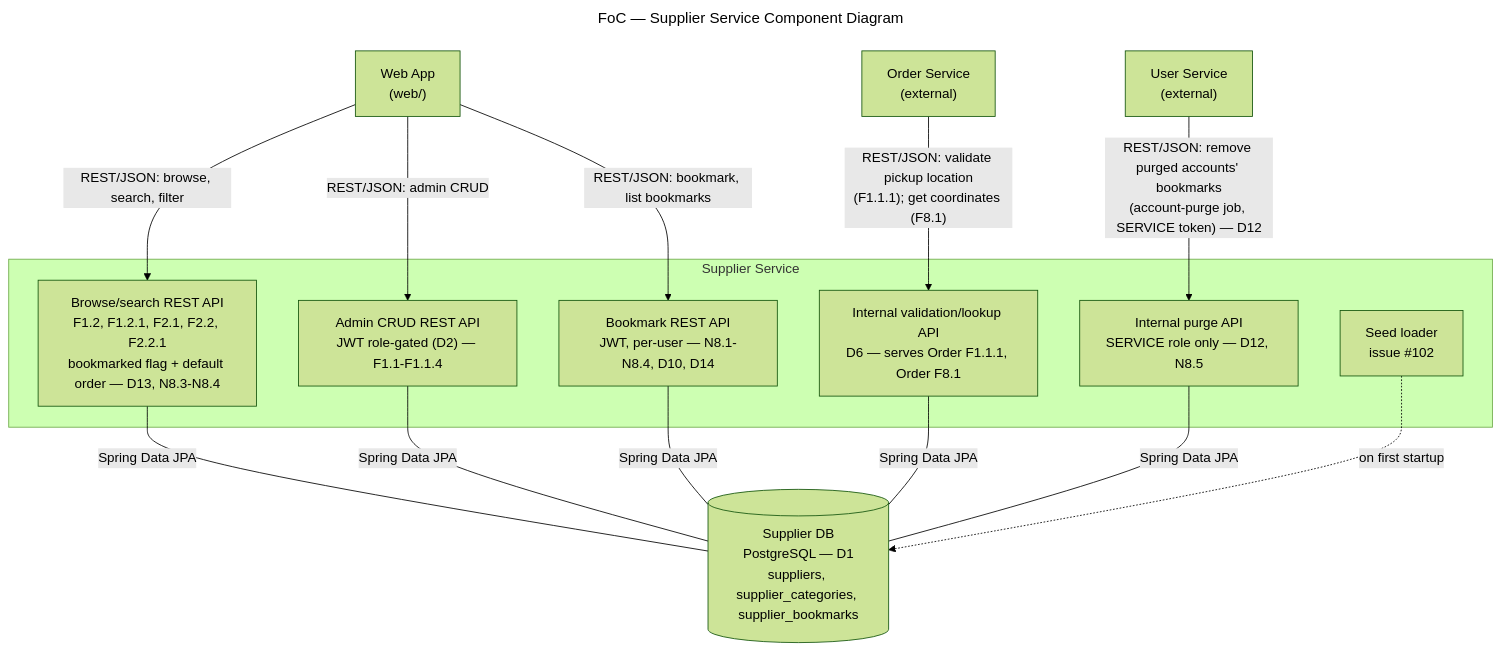
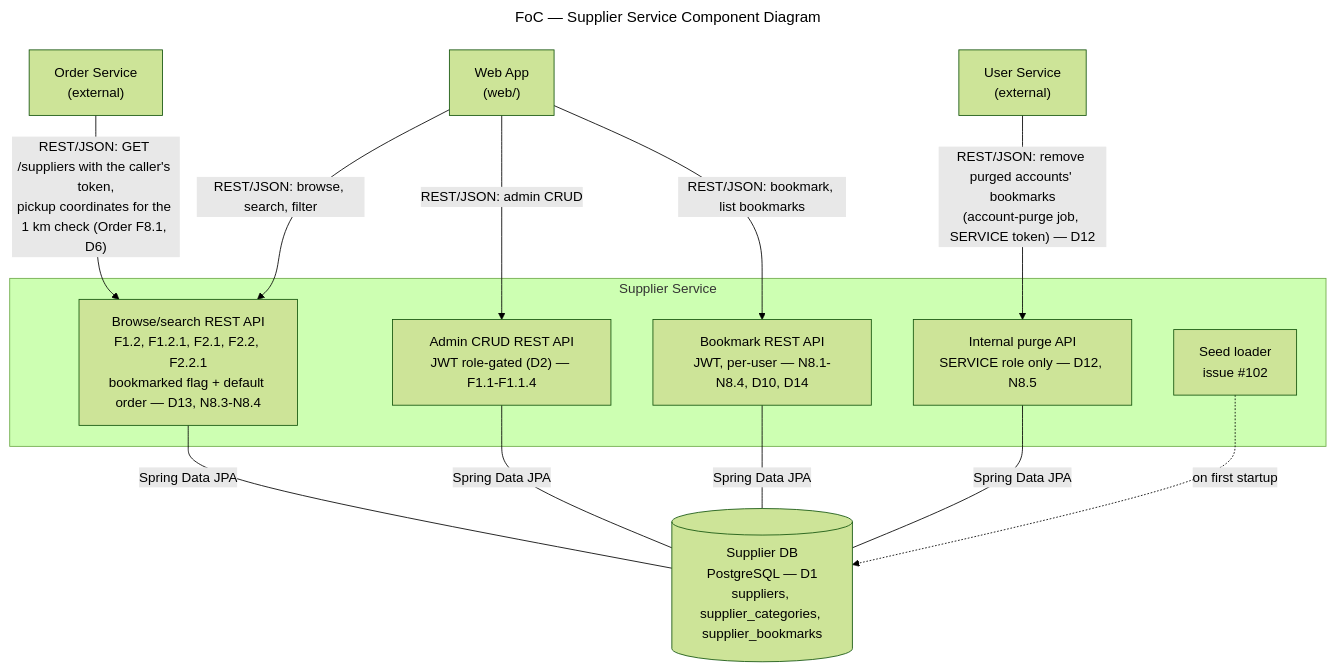
One commit to AY2627S1-CS3219-P23/foc changed the diagram in docs/supplier-service.mmd. Above: the diagram before and after it, drawn with Mermaid (forest theme). The commit also changed 4 other files, not shown here.

Commit message:
docs(supplier): drop unimplemented validation API; show Order reading GET /suppliers for F8.1 (#326)

```diff
--- a/docs/supplier-service.mmd
+++ b/docs/supplier-service.mmd
@@ -1,46 +1,49 @@
 ---
 title: "FoC — Supplier Service Component Diagram"
 ---
 %% AI-assisted (CS3219 AI Usage Policy disclosure):
 %% Tool: Claude, 2026-09-21; revised 2026-09-27 (Claude Code, Sonnet 5).
 %% Scope: Companion diagram to supplier-service.md, drafted from the
 %% team's finalized D1 backlog. Same status as the doc: proposals
 %% pending owner/team review (see supplier-service.md, D1-D8).
 %% 2026-09-27: dropped "zones" from the Supplier DB label — team
 %% decision to drop the zone feature (see supplier-service.md, D4).
 %% 2026-10-19 (Claude Code, Sonnet 5.5): bookmark API and table added
 %% for N8 (see supplier-service.md, D9-D12). Transcription only.
 %% 2026-10-19: browse/search API label gains the bookmarked flag and
 %% default order (D13). Transcription only.
 %% 2026-10-26 (Claude Code, Sonnet 5.5): internal purge API and the User
 %% Service's call to it added (D12); table name in the DB label.
 %% Transcription only.
+%% 2026-11-10 (Claude Code, Sonnet 5.5), issue #326: the internal
+%% validation/lookup API box removed - no such endpoint exists; order-
+%% service reads pickup coordinates from the existing GET /suppliers
+%% (PR #322, Order F8.1), so the Order Service arrow now points at the
+%% browse/search API. Transcription only.
 %% Reviewed by: XXX
 flowchart TB
     WEB["Web App<br/>(web/)"]
     ORDER_SVC["Order Service<br/>(external)"]
     USER_SVC["User Service<br/>(external)"]
 
     subgraph SUP["Supplier Service"]
         API["Browse/search REST API<br/>F1.2, F1.2.1, F2.1, F2.2, F2.2.1<br/>bookmarked flag + default order — D13, N8.3-N8.4"]
         ADMIN_API["Admin CRUD REST API<br/>JWT role-gated (D2) — F1.1-F1.1.4"]
-        VALID_API["Internal validation/lookup API<br/>D6 — serves Order F1.1.1, Order F8.1"]
         BOOKMARK_API["Bookmark REST API<br/>JWT, per-user — N8.1-N8.4, D10, D14"]
         PURGE_API["Internal purge API<br/>SERVICE role only — D12, N8.5"]
         SEED["Seed loader<br/>issue #102"]
     end
 
     SUP_DB[("Supplier DB<br/>PostgreSQL — D1<br/>suppliers, supplier_categories, supplier_bookmarks")]
 
     WEB -->|"REST/JSON: browse, search, filter"| API
     WEB -->|"REST/JSON: admin CRUD"| ADMIN_API
     WEB -->|"REST/JSON: bookmark, list bookmarks"| BOOKMARK_API
     USER_SVC -->|"REST/JSON: remove purged accounts' bookmarks<br/>(account-purge job, SERVICE token) — D12"| PURGE_API
-    ORDER_SVC -->|"REST/JSON: validate pickup location<br/>(F1.1.1); get coordinates (F8.1)"| VALID_API
+    ORDER_SVC -->|"REST/JSON: GET /suppliers with the caller's token,<br/>pickup coordinates for the 1 km check (Order F8.1, D6)"| API
 
     API ---|"Spring Data JPA"| SUP_DB
     ADMIN_API ---|"Spring Data JPA"| SUP_DB
-    VALID_API ---|"Spring Data JPA"| SUP_DB
     BOOKMARK_API ---|"Spring Data JPA"| SUP_DB
     PURGE_API ---|"Spring Data JPA"| SUP_DB
     SEED -.->|"on first startup"| SUP_DB
```
